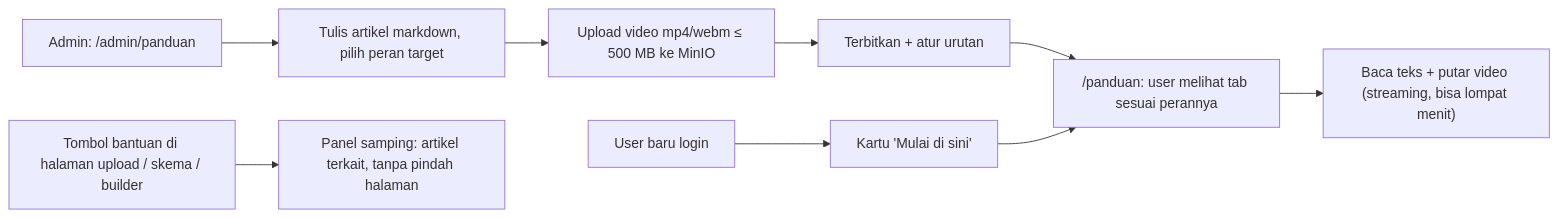
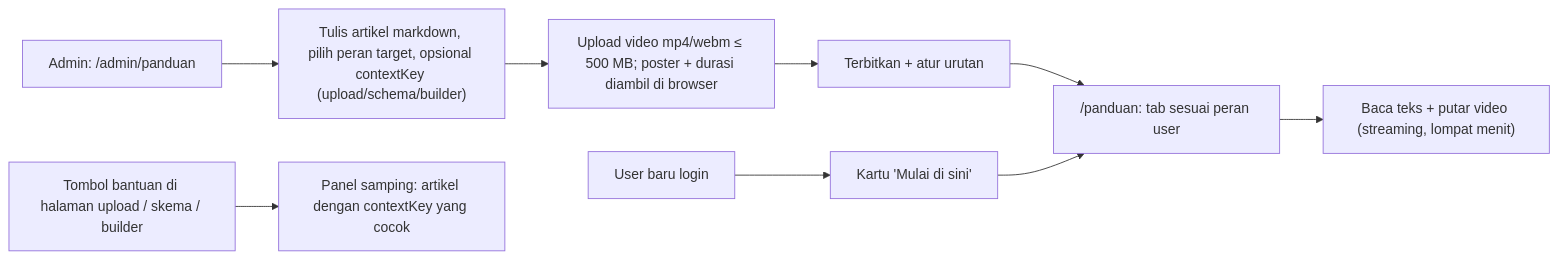
Before and after one commit to anas-fikri/data-dashboard: the fifth of 9 diagrams in docs/flow-kerja.md, drawn with Mermaid. The commit also changed other lines of this file and 53 other files, not shown here.

First line of the commit message:
docs: revisi 3 flow kerja + 24 task hasil review adversarial

````diff
--- a/docs/flow-kerja.md
+++ b/docs/flow-kerja.md
@@ -101,10 +107,10 @@
 ```mermaid
 flowchart LR
-  AD["Admin: /admin/panduan"] --> AR["Tulis artikel markdown, pilih peran target"]
-  AR --> VD["Upload video mp4/webm ≤ 500 MB ke MinIO"]
+  AD["Admin: /admin/panduan"] --> AR["Tulis artikel markdown, pilih peran target, opsional contextKey (upload/schema/builder)"]
+  AR --> VD["Upload video mp4/webm ≤ 500 MB; poster + durasi diambil di browser"]
   VD --> PB["Terbitkan + atur urutan"]
-  PB --> PG["/panduan: user melihat tab sesuai perannya"]
+  PB --> PG["/panduan: tab sesuai peran user"]
   NU["User baru login"] --> MS["Kartu 'Mulai di sini'"] --> PG
-  PG --> RD["Baca teks + putar video (streaming, bisa lompat menit)"]
-  HL["Tombol bantuan di halaman upload / skema / builder"] --> SP["Panel samping: artikel terkait, tanpa pindah halaman"]
+  PG --> RD["Baca teks + putar video (streaming, lompat menit)"]
+  HL["Tombol bantuan di halaman upload / skema / builder"] --> SP["Panel samping: artikel dengan contextKey yang cocok"]
 ```
````
